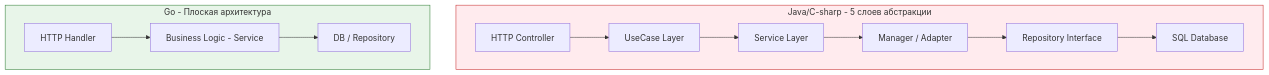
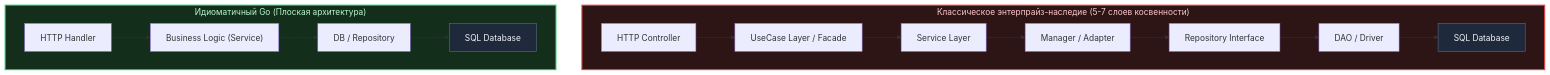
One commit to UnrealTemplier/go-textbook changed the diagram in sources/4. История и философия Go/21. Простота против абстракций. Почему Go не любит сложные иерархии.md. Above: the diagram before and after it, drawn with Mermaid. The commit also changed other lines of this file, not shown here.

````diff
--- a/sources/4. История и философия Go/21. Простота против абстракций. Почему Go не любит сложные иерархии.md
+++ b/sources/4. История и философия Go/21. Простота против абстракций. Почему Go не любит сложные иерархии.md
@@ -36,16 +5,20 @@
 ```mermaid
 flowchart TD
-    subgraph OOP_LAYERS ["Java/C-sharp - 5 слоев абстракции"]
-        A1["HTTP Controller"] --> B1["UseCase Layer"]
+    subgraph OOP_LAYERS ["Классическое энтерпрайз-наследие (5-7 слоев косвенности)"]
+        A1["HTTP Controller"] --> B1["UseCase Layer / Facade"]
         B1 --> C1["Service Layer"]
         C1 --> D1["Manager / Adapter"]
         D1 --> E1["Repository Interface"]
-        E1 --> F1["SQL Database"]
+        E1 --> F1["DAO / Driver"]
+        F1 --> G1["SQL Database"]
     end
-    subgraph GO_FLAT ["Go - Плоская архитектура"]
-        A2["HTTP Handler"] --> B2["Business Logic - Service"]
+    subgraph GO_FLAT ["Идиоматичный Go (Плоская архитектура)"]
+        A2["HTTP Handler"] --> B2["Business Logic (Service)"]
         B2 --> C2["DB / Repository"]
+        C2 --> G2["SQL Database"]
     end
-    style OOP_LAYERS fill:#ffebee,stroke:#c62828
-    style GO_FLAT fill:#e8f5e9,stroke:#2e7d32
+    style OOP_LAYERS fill:#2d1515,stroke:#ef4444,stroke-width:2px,color:#fecaca
+    style GO_FLAT fill:#132e1b,stroke:#22c55e,stroke-width:2px,color:#bbf7d0
+    style G1 fill:#1e293b,stroke:#64748b,color:#f1f5f9
+    style G2 fill:#1e293b,stroke:#64748b,color:#f1f5f9
 ```
````
